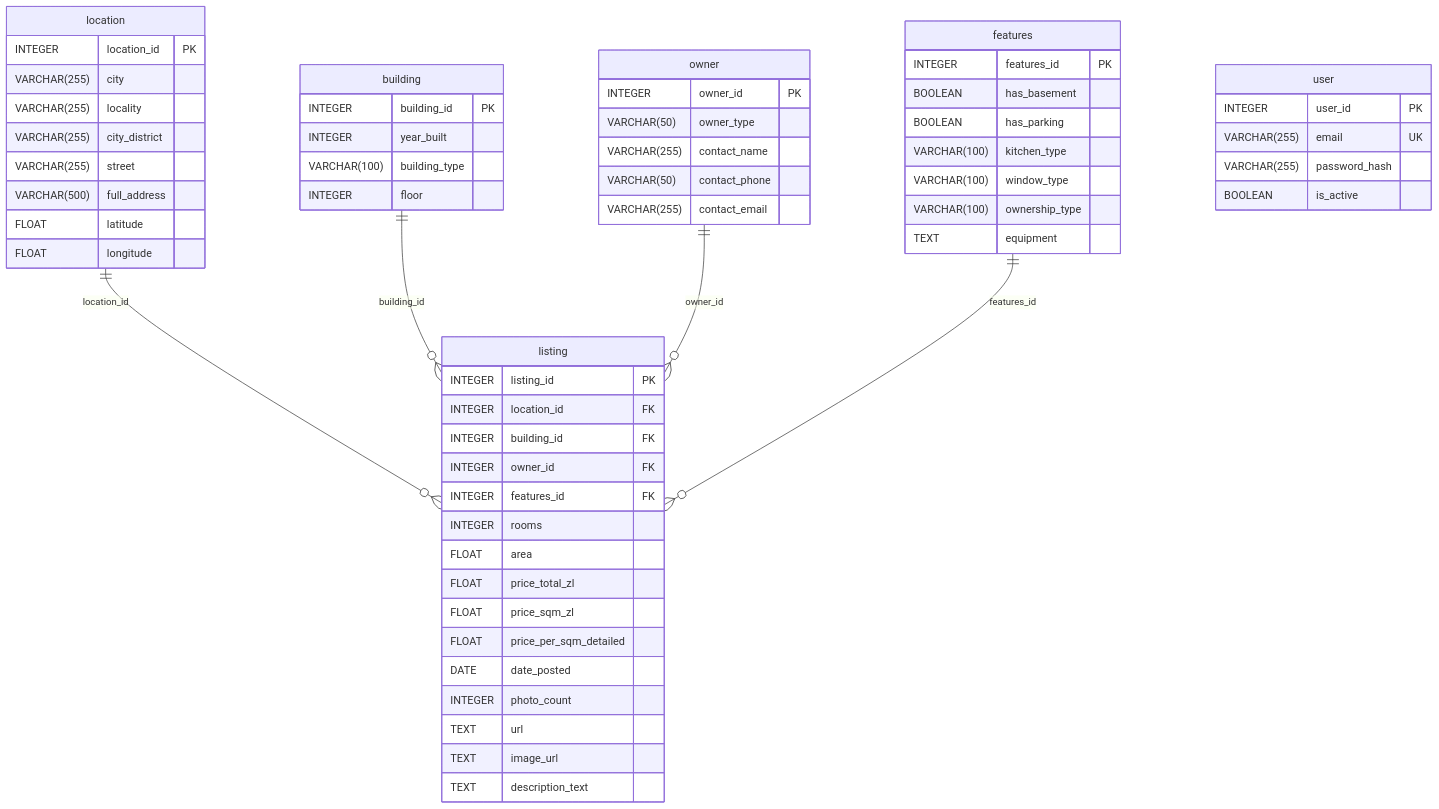
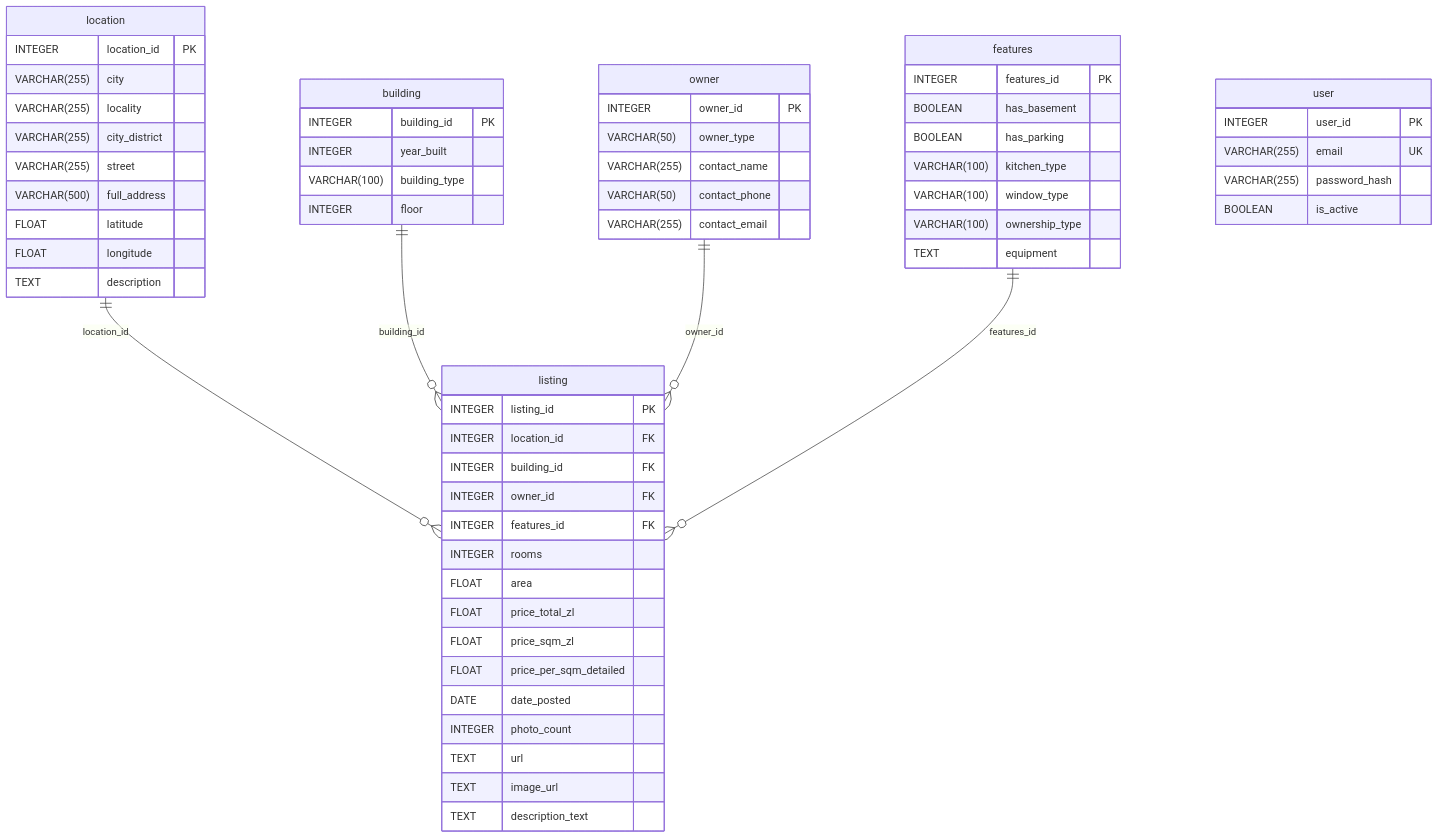
One commit to Let-s-Code-AI/location_service changed the diagram in docs/schema.md. Above: the diagram before and after it, drawn with Mermaid. The commit also changed other lines of this file, not shown here.

Commit message:
docs: odświeżenie docs/schema.md o Location.description

````diff
--- a/docs/schema.md
+++ b/docs/schema.md
@@ -19,62 +19,63 @@
 ```mermaid
 erDiagram
     building {
         INTEGER building_id PK
         INTEGER year_built
         VARCHAR(100) building_type
         INTEGER floor
     }
     features {
         INTEGER features_id PK
         BOOLEAN has_basement
         BOOLEAN has_parking
         VARCHAR(100) kitchen_type
         VARCHAR(100) window_type
         VARCHAR(100) ownership_type
         TEXT equipment
     }
     location {
         INTEGER location_id PK
         VARCHAR(255) city
         VARCHAR(255) locality
         VARCHAR(255) city_district
         VARCHAR(255) street
         VARCHAR(500) full_address
         FLOAT latitude
         FLOAT longitude
+        TEXT description
     }
     owner {
         INTEGER owner_id PK
         VARCHAR(50) owner_type
         VARCHAR(255) contact_name
         VARCHAR(50) contact_phone
         VARCHAR(255) contact_email
     }
     user {
         INTEGER user_id PK
         VARCHAR(255) email UK
         VARCHAR(255) password_hash
         BOOLEAN is_active
     }
     listing {
         INTEGER listing_id PK
         INTEGER location_id FK
         INTEGER building_id FK
         INTEGER owner_id FK
         INTEGER features_id FK
         INTEGER rooms
         FLOAT area
         FLOAT price_total_zl
         FLOAT price_sqm_zl
         FLOAT price_per_sqm_detailed
         DATE date_posted
         INTEGER photo_count
         TEXT url
         TEXT image_url
         TEXT description_text
     }
     location ||--o{ listing : "location_id"
     building ||--o{ listing : "building_id"
     owner ||--o{ listing : "owner_id"
     features ||--o{ listing : "features_id"
 ```
````
